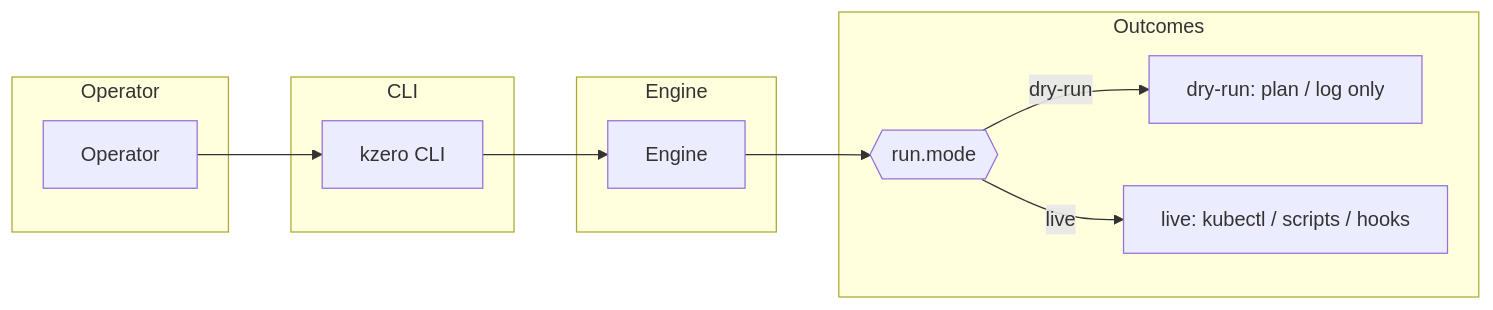
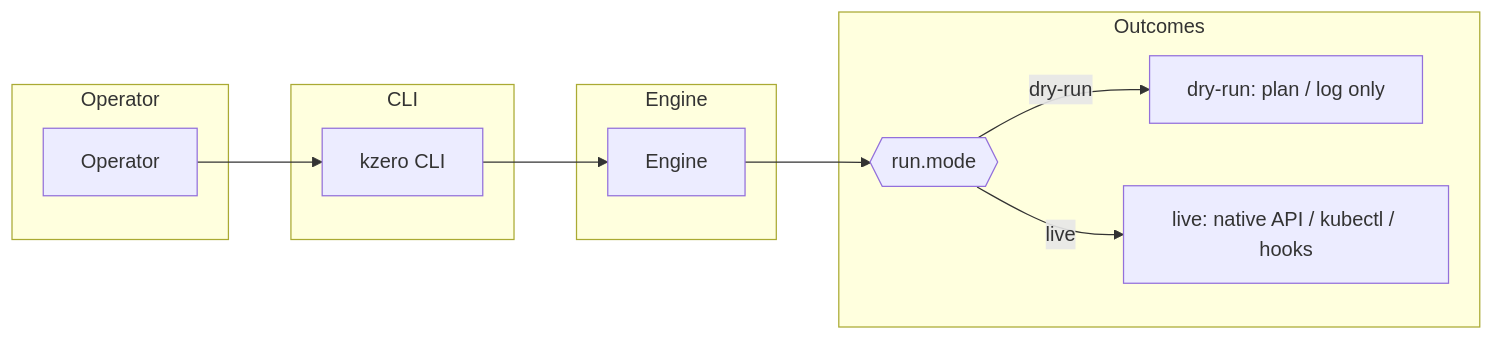
One commit to hrodrig/kzero changed the first of 7 diagrams in docs/diagrams.md. Above: the diagram before and after it, drawn with Mermaid. The commit also changed other lines of this file and 34 other files, not shown here.

````diff
--- a/docs/diagrams.md
+++ b/docs/diagrams.md
@@ -9,22 +13,22 @@
 ```mermaid
 flowchart LR
   subgraph Operator
     U[Operator]
   end
   subgraph CLI
     C[kzero CLI]
   end
   subgraph Engine
     E[Engine]
   end
   subgraph Outcomes
     D{{run.mode}}
     DR[dry-run: plan / log only]
-    LV[live: kubectl / scripts / hooks]
+    LV[live: native API / kubectl / hooks]
   end
   U --> C
   C --> E
   E --> D
   D -->|dry-run| DR
   D -->|live| LV
 ```
````
